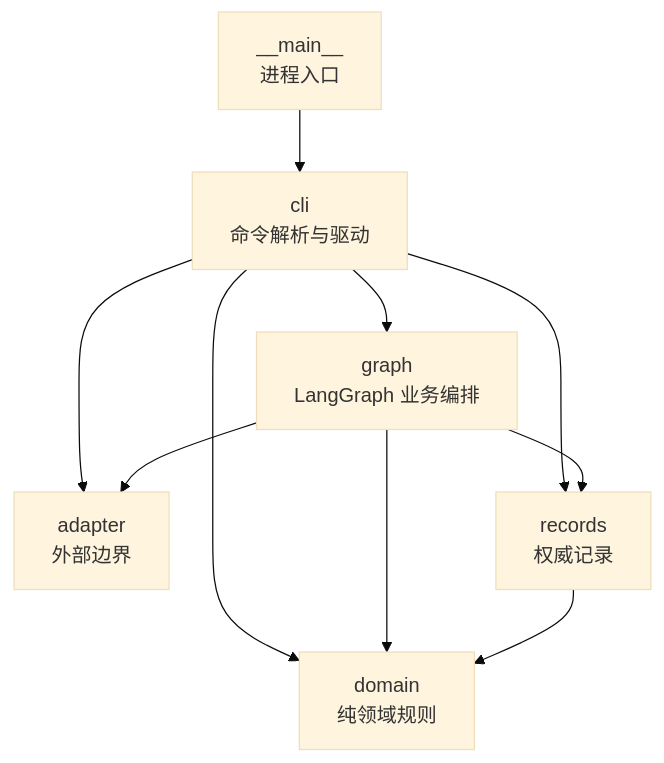
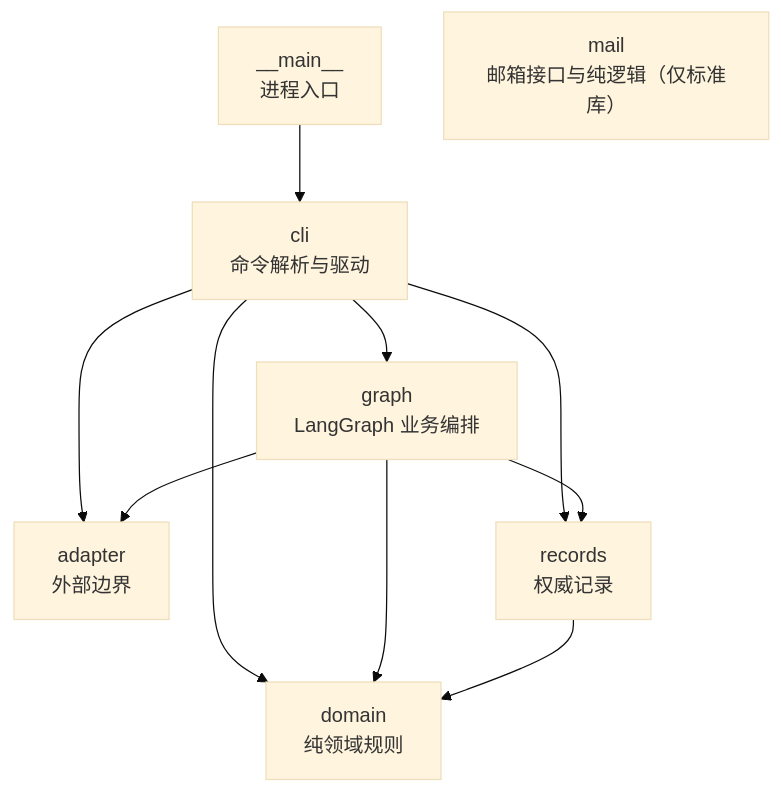
One commit to Lijiajin95/ForgeLoop changed the second of 4 diagrams in docs/architecture.md. Above: the diagram before and after it, drawn with Mermaid (base theme). The commit also changed other lines of this file and 6 other files, not shown here.

First line of the commit message:
feat(architecture): 登记 mail 邮箱分层并同步架构契约（自迭代 549538）

````diff
--- a/docs/architecture.md
+++ b/docs/architecture.md
@@ -38,12 +38,13 @@
 ```mermaid
 flowchart TD
   Main["__main__<br/>进程入口"] --> CLI["cli<br/>命令解析与驱动"]
   CLI --> Graph["graph<br/>LangGraph 业务编排"]
   CLI --> Adapter["adapter<br/>外部边界"]
   CLI --> Records["records<br/>权威记录"]
   CLI --> Domain["domain<br/>纯领域规则"]
   Graph --> Adapter
   Graph --> Records
   Graph --> Domain
   Records --> Domain
+  Mail["mail<br/>邮箱接口与纯逻辑（仅标准库）"]
 ```
````
